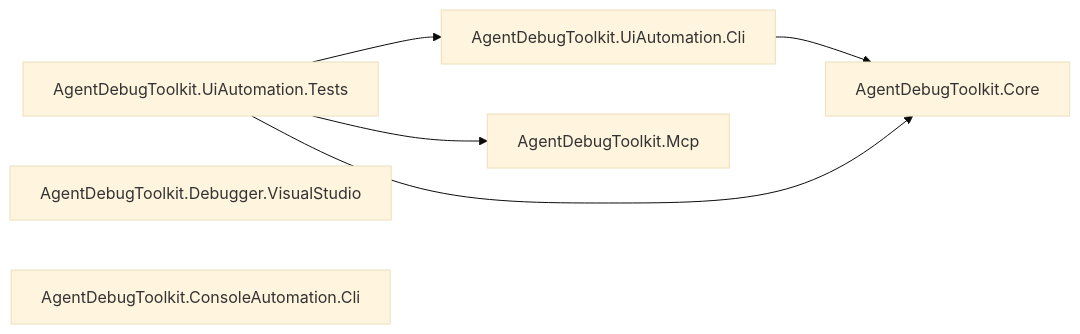
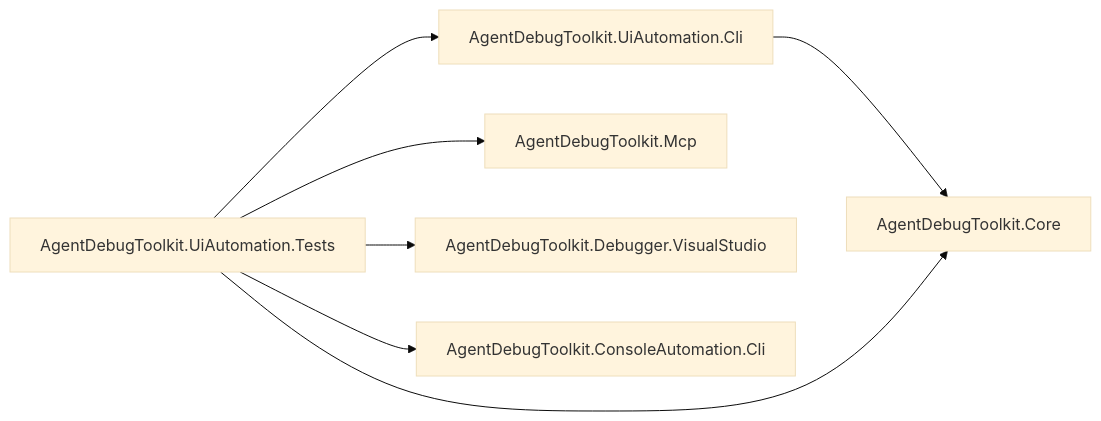
The diagram in docs/CODE_SUMMARY.md (citsuresh/AgentDebugToolkit), drawn with Mermaid (base theme) before and after one commit. The commit also changed other lines of this file and 24 other files, not shown here.

````diff
--- a/docs/CODE_SUMMARY.md
+++ b/docs/CODE_SUMMARY.md
@@ -9,9 +9,11 @@
 ```mermaid
 graph LR
 	Ui[AgentDebugToolkit.UiAutomation.Cli] --> Core[AgentDebugToolkit.Core]
 	Tests[AgentDebugToolkit.UiAutomation.Tests] --> Core
 	Tests --> Mcp[AgentDebugToolkit.Mcp]
 	Tests --> Ui
+	Tests --> Debugger
+	Tests --> Console
 	Debugger[AgentDebugToolkit.Debugger.VisualStudio]
 	Console[AgentDebugToolkit.ConsoleAutomation.Cli]
 ```
````
